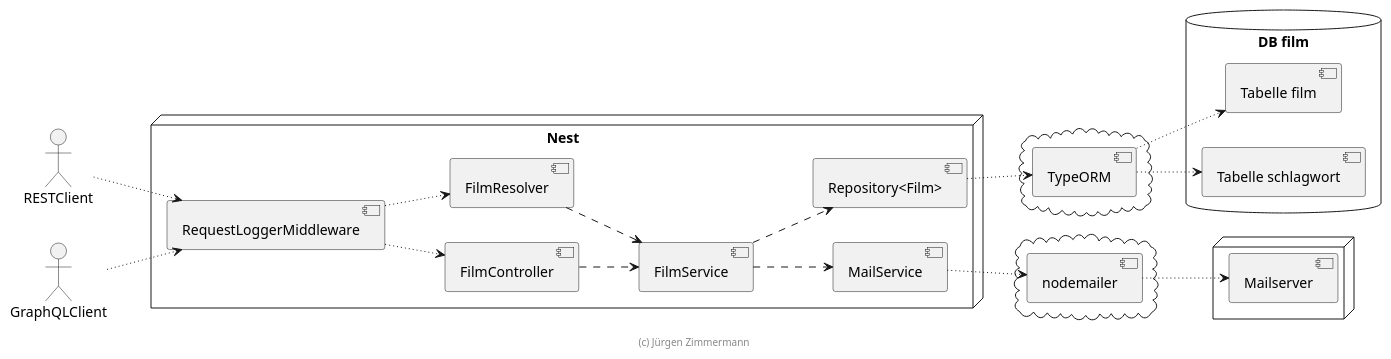
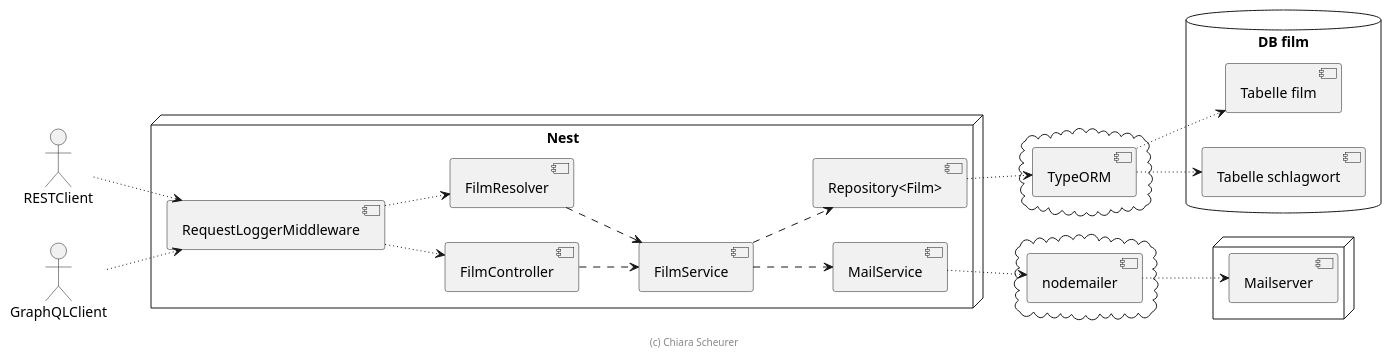
Before and after one commit to Yuszi/Film: the diagram in .extras/doc/entwicklerhandbuch/komponenten.plantuml, drawn with PlantUML. The commit also changed other lines of this file and 5 other files, not shown here.

Commit message:
PlantUML fertig

```diff
--- a/.extras/doc/entwicklerhandbuch/komponenten.plantuml
+++ b/.extras/doc/entwicklerhandbuch/komponenten.plantuml
@@ -18,59 +1,59 @@
 @startuml Komponenten
 
 left to right direction
 
 actor RESTClient
 actor GraphQLClient
 
 node "Nest" {
   [RequestLoggerMiddleware]
 
   [FilmController]
   [FilmResolver]
 
   [FilmService]
 
   [Repository<Film>]
 
   [MailService]
 }
 
 
 cloud {
     [TypeORM]
 }
 
 cloud {
     [nodemailer]
 }
 
 database "DB film" {
     [Tabelle film]
     [Tabelle schlagwort]
 }
 
 node {
     [Mailserver]
 }
 
 RESTClient ~~> [RequestLoggerMiddleware]
 GraphQLClient ~~> [RequestLoggerMiddleware]
 
 [RequestLoggerMiddleware] ~~> [FilmController]
 [RequestLoggerMiddleware] ~~> [FilmResolver]
 
 [FilmController] ..> [FilmService]
 [FilmResolver] ..> [FilmService]
 [FilmService] ..> [Repository<Film>]
 
 [Repository<Film>] ~~> [TypeORM]
 [TypeORM] ~~> [Tabelle film]
 [TypeORM] ~~> [Tabelle schlagwort]
 
 [FilmService] ..> [MailService]
 [MailService] ~~> [nodemailer]
 [nodemailer] ~~> [Mailserver]
 
-footer (c) Jürgen Zimmermann
+footer (c) Chiara Scheurer
 
 @enduml
```
